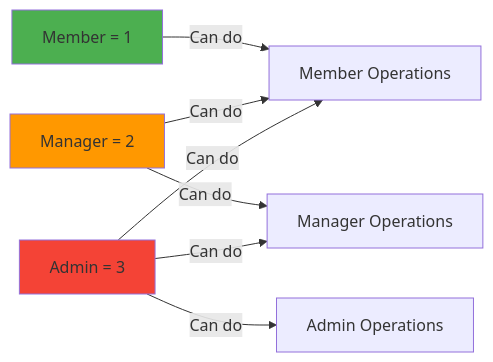
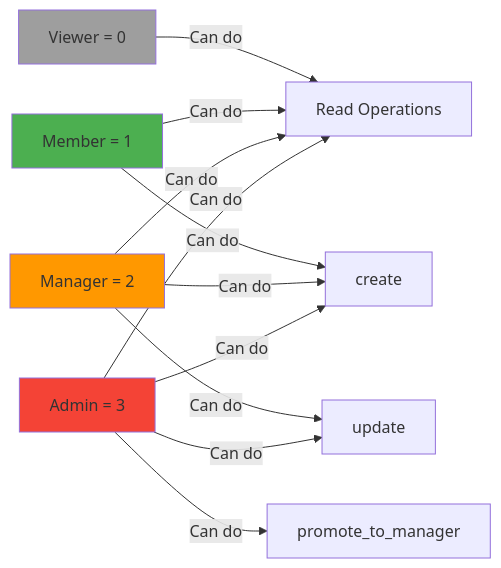
One commit to LadislavSopko/net-api-with-mcp changed the fourth of 4 diagrams in docs/MCP-AUTHORIZATION-COMPLETE-GUIDE.md. Above: the diagram before and after it, drawn with Mermaid. The commit also changed other lines of this file and 4 other files, not shown here.

````diff
--- a/docs/MCP-AUTHORIZATION-COMPLETE-GUIDE.md
+++ b/docs/MCP-AUTHORIZATION-COMPLETE-GUIDE.md
@@ -961,13 +977,18 @@
 ```mermaid
 graph LR
-    Member[Member = 1] -->|Can do| MemberOps[Member Operations]
-    Manager[Manager = 2] -->|Can do| MemberOps
-    Manager -->|Can do| ManagerOps[Manager Operations]
-    Admin[Admin = 3] -->|Can do| MemberOps
+    Viewer[Viewer = 0] -->|Can do| ReadOps[Read Operations]
+    Member[Member = 1] -->|Can do| ReadOps
+    Member -->|Can do| MemberOps[create]
+    Manager[Manager = 2] -->|Can do| ReadOps
+    Manager -->|Can do| MemberOps
+    Manager -->|Can do| ManagerOps[update]
+    Admin[Admin = 3] -->|Can do| ReadOps
+    Admin -->|Can do| MemberOps
     Admin -->|Can do| ManagerOps
-    Admin -->|Can do| AdminOps[Admin Operations]
+    Admin -->|Can do| AdminOps[promote_to_manager]
 
     style Admin fill:#f44336
     style Manager fill:#ff9800
     style Member fill:#4caf50
+    style Viewer fill:#9e9e9e
 ```
````
